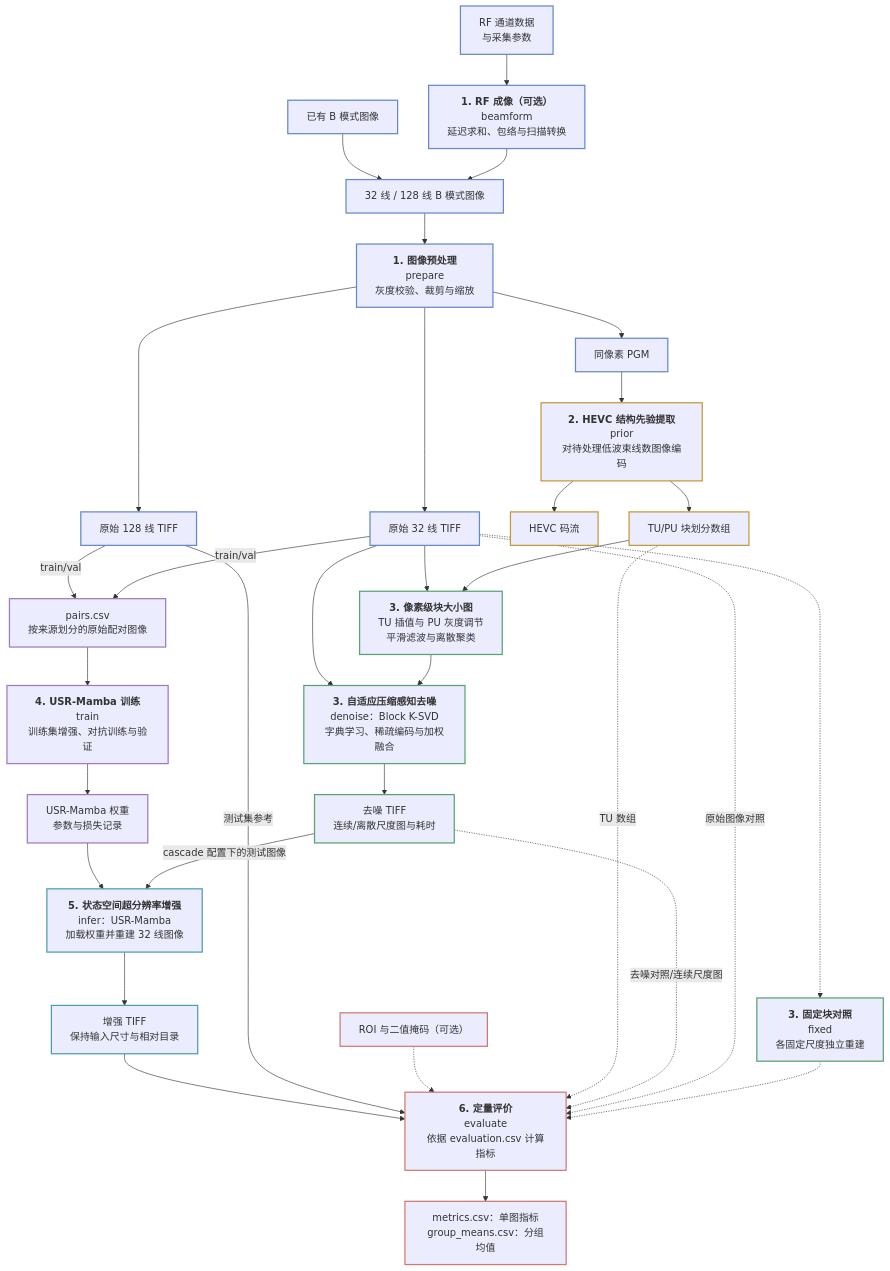
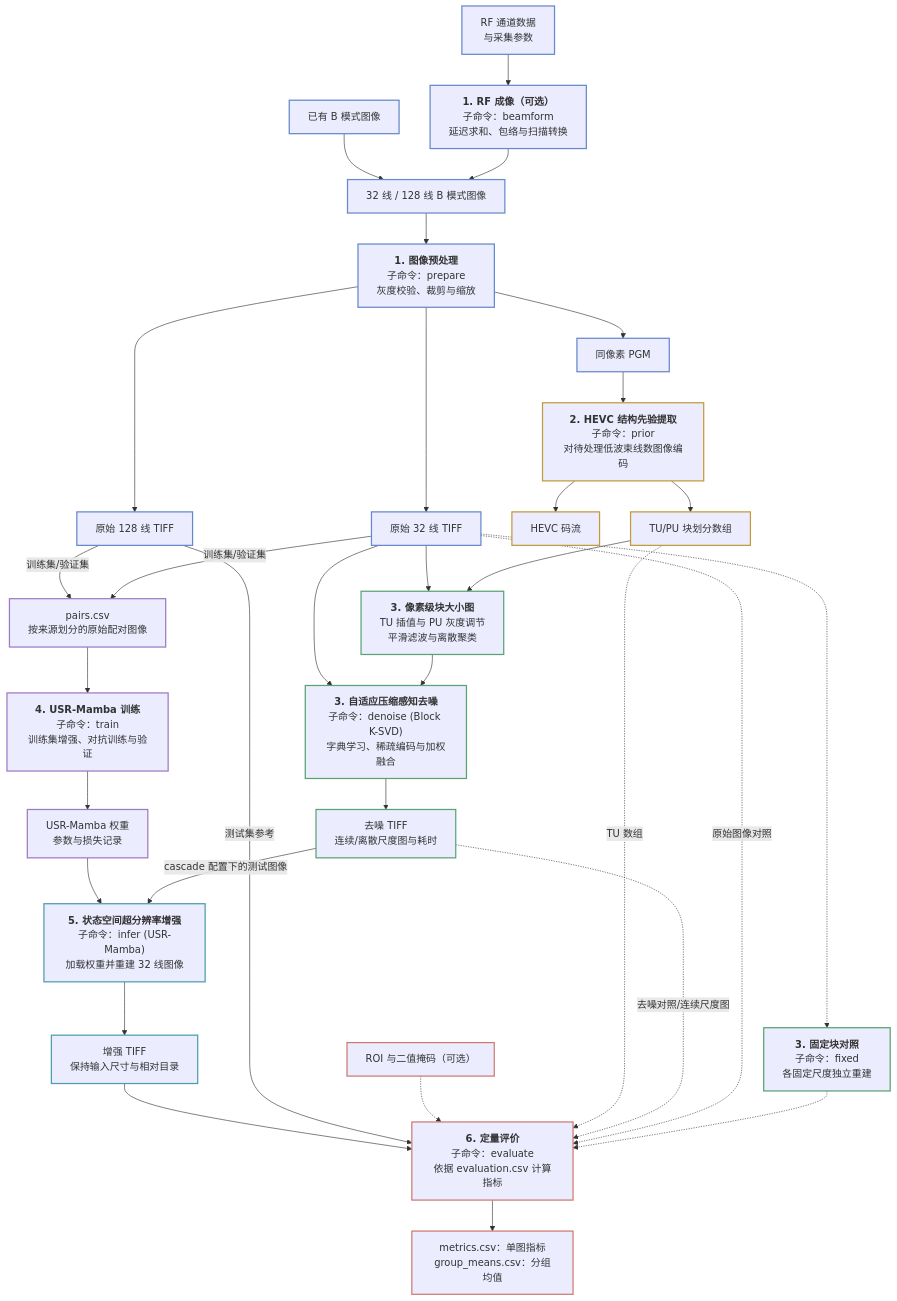
The first of 7 diagrams in README_zh-CN.md (LumaVistaLab/hevc-ksvd-mamba-for-ultrasound), drawn with Mermaid before and after one commit. The commit also changed other lines of this file and 3 other files, not shown here.

````diff
--- a/README_zh-CN.md
+++ b/README_zh-CN.md
@@ -15,51 +15,51 @@
 ```mermaid
 flowchart TD
     %% 阶段标题放在普通节点中，避免跨子图连线穿过分组标题与边界。
-    RF["RF 通道数据<br/>与采集参数"] --> BF["<b>1. RF 成像（可选）</b><br/>beamform<br/>延迟求和、包络与扫描转换"]
+    RF["RF 通道数据<br/>与采集参数"] --> BF["<b>1. RF 成像（可选）</b><br/>子命令：beamform<br/>延迟求和、包络与扫描转换"]
     BF --> BM["32 线 / 128 线 B 模式图像"]
     Existing["已有 B 模式图像"] --> BM
-    BM --> Prep["<b>1. 图像预处理</b><br/>prepare<br/>灰度校验、裁剪与缩放"]
+    BM --> Prep["<b>1. 图像预处理</b><br/>子命令：prepare<br/>灰度校验、裁剪与缩放"]
     Prep --> Low["原始 32 线 TIFF"]
     Prep --> High["原始 128 线 TIFF"]
     Prep --> PGM["同像素 PGM"]
 
-    PGM --> HEVC["<b>2. HEVC 结构先验提取</b><br/>prior<br/>对待处理低波束线数图像编码"]
+    PGM --> HEVC["<b>2. HEVC 结构先验提取</b><br/>子命令：prior<br/>对待处理低波束线数图像编码"]
     HEVC --> Stream["HEVC 码流"]
     HEVC --> Blocks["TU/PU 块划分数组"]
     Blocks --> Maps["<b>3. 像素级块大小图</b><br/>TU 插值与 PU 灰度调节<br/>平滑滤波与离散聚类"]
     Low --> Maps
-    Maps --> KSVD["<b>3. 自适应压缩感知去噪</b><br/>denoise：Block K-SVD<br/>字典学习、稀疏编码与加权融合"]
+    Maps --> KSVD["<b>3. 自适应压缩感知去噪</b><br/>子命令：denoise (Block K-SVD)<br/>字典学习、稀疏编码与加权融合"]
     Low --> KSVD
     KSVD --> Denoised["去噪 TIFF<br/>连续/离散尺度图与耗时"]
 
-    Low -->|train/val| Pairs["pairs.csv<br/>按来源划分的原始配对图像"]
-    High -->|train/val| Pairs
-    Pairs --> Train["<b>4. USR-Mamba 训练</b><br/>train<br/>训练集增强、对抗训练与验证"]
+    Low -->|训练集/验证集| Pairs["pairs.csv<br/>按来源划分的原始配对图像"]
+    High -->|训练集/验证集| Pairs
+    Pairs --> Train["<b>4. USR-Mamba 训练</b><br/>子命令：train<br/>训练集增强、对抗训练与验证"]
     Train --> Weights["USR-Mamba 权重<br/>参数与损失记录"]
-    Denoised -->|cascade 配置下的测试图像| Infer["<b>5. 状态空间超分辨率增强</b><br/>infer：USR-Mamba<br/>加载权重并重建 32 线图像"]
+    Denoised -->|cascade 配置下的测试图像| Infer["<b>5. 状态空间超分辨率增强</b><br/>子命令：infer (USR-Mamba)<br/>加载权重并重建 32 线图像"]
     Weights --> Infer
     Infer --> Enhanced["增强 TIFF<br/>保持输入尺寸与相对目录"]
 
-    Low -.-> Fixed["<b>3. 固定块对照</b><br/>fixed<br/>各固定尺度独立重建"]
-    Fixed -.-> Eval["<b>6. 定量评价</b><br/>evaluate<br/>依据 evaluation.csv 计算指标"]
+    Low -.-> Fixed["<b>3. 固定块对照</b><br/>子命令：fixed<br/>各固定尺度独立重建"]
+    Fixed -.-> Eval["<b>6. 定量评价</b><br/>子命令：evaluate<br/>依据 evaluation.csv 计算指标"]
     Low -.->|原始图像对照| Eval
     Denoised -.->|去噪对照/连续尺度图| Eval
     Blocks -.->|TU 数组| Eval
     Annotations["ROI 与二值掩码（可选）"] -.-> Eval
     High -->|测试集参考| Eval
     Enhanced --> Eval
     Eval --> Reports["metrics.csv：单图指标<br/>group_means.csv：分组均值"]
 
     classDef imaging stroke:#6688cc,stroke-width:2px;
     classDef structure stroke:#c49a3a,stroke-width:2px;
     classDef denoising stroke:#57a373,stroke-width:2px;
     classDef training stroke:#a079c2,stroke-width:2px;
     classDef inference stroke:#4c9eaa,stroke-width:2px;
     classDef metrics stroke:#cf7a70,stroke-width:2px;
     class RF,BF,BM,Existing,Prep,Low,High,PGM imaging;
     class HEVC,Stream,Blocks structure;
     class Maps,KSVD,Denoised,Fixed denoising;
     class Pairs,Train,Weights training;
     class Infer,Enhanced inference;
     class Annotations,Eval,Reports metrics;
 ```
````
